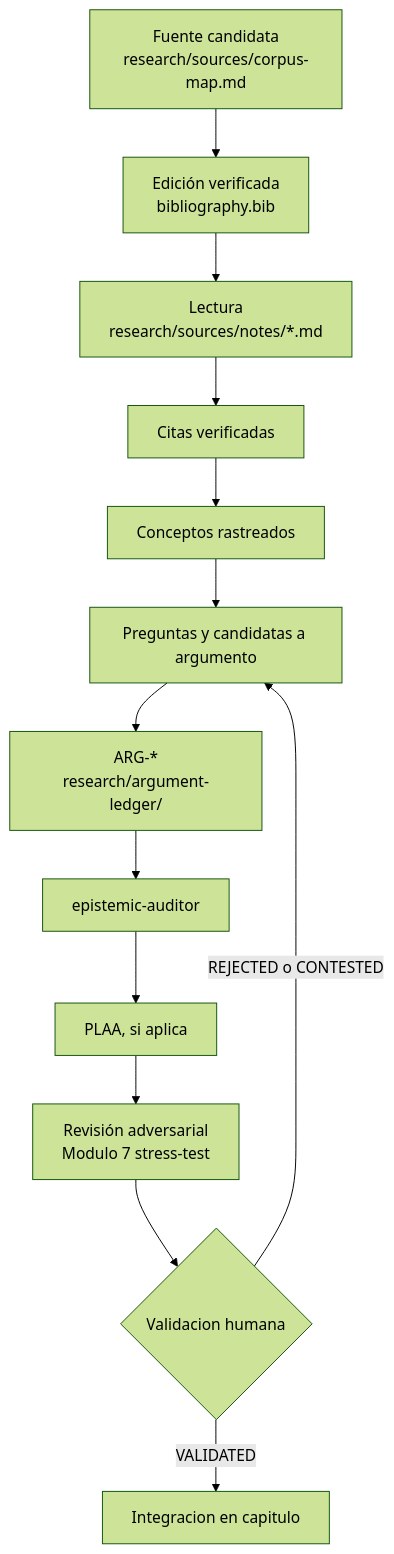
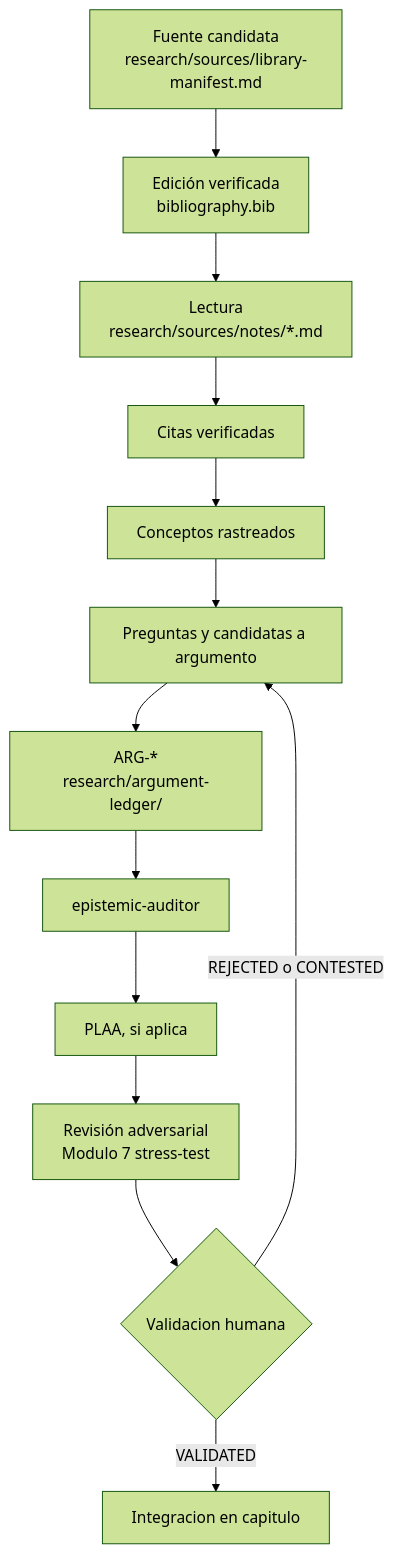
One commit to VladPhil92/Phd-Philosophy-Thesis---Juan-Pablo-Valderrama changed the first of 2 diagrams in MASTER_EXECUTION_PLAN.md. Above: the diagram before and after it, drawn with Mermaid (forest theme). The commit also changed other lines of this file and 5 other files, not shown here.

````diff
--- a/MASTER_EXECUTION_PLAN.md
+++ b/MASTER_EXECUTION_PLAN.md
@@ -376,15 +393,15 @@
 ```mermaid
 flowchart TD
-    A[Fuente candidata\nresearch/sources/corpus-map.md] --> B[Edición verificada\nbibliography.bib]
+    A[Fuente candidata\nresearch/sources/library-manifest.md] --> B[Edición verificada\nbibliography.bib]
     B --> C[Lectura\nresearch/sources/notes/*.md]
     C --> D[Citas verificadas]
     D --> E[Conceptos rastreados]
     E --> F[Preguntas y candidatas a argumento]
     F --> G[ARG-*\nresearch/argument-ledger/]
     G --> H[epistemic-auditor]
     H --> I[PLAA, si aplica]
     I --> J[Revisión adversarial\nModulo 7 stress-test]
     J --> K{Validacion humana}
     K -->|VALIDATED| L[Integracion en capitulo]
     K -->|REJECTED o CONTESTED| F
 ```
````
